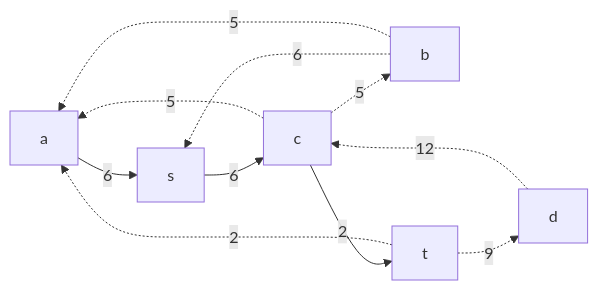
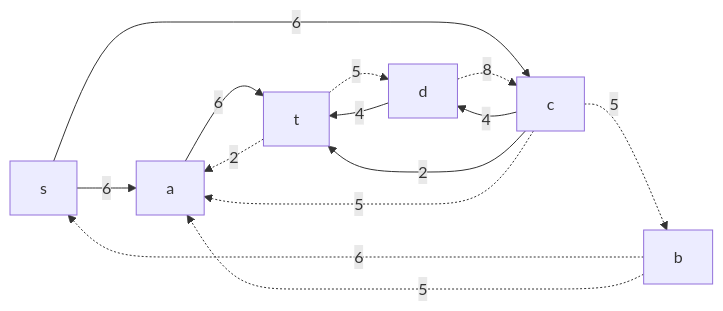
Diagram 11 of 14 in task-9/tbd-v2.md (hse-algo-24-raven/manual-tasks-raven), drawn with Mermaid before and after one commit. The commit also changed other lines of this file, not shown here.

Commit message:
graphs fix

````diff
--- a/task-9/tbd-v2.md
+++ b/task-9/tbd-v2.md
@@ -176,13 +185,16 @@
 ```mermaid
 graph LR
-    a-->|6|s
+    s-->|6|a
     b-.->|6|s
     s-->|6|c
     b-.->|5|a
     c-.->|5|b
-    d-.->|12|c
+    d-.->|8|c
+    c-->|4|d
     c-->|2|t
-    t-.->|9|d
+    t-.->|5|d
+    d-->|4|t
     c-.->|5|a
     t-.->|2|a
+    a-->|6|t
 ```
````
